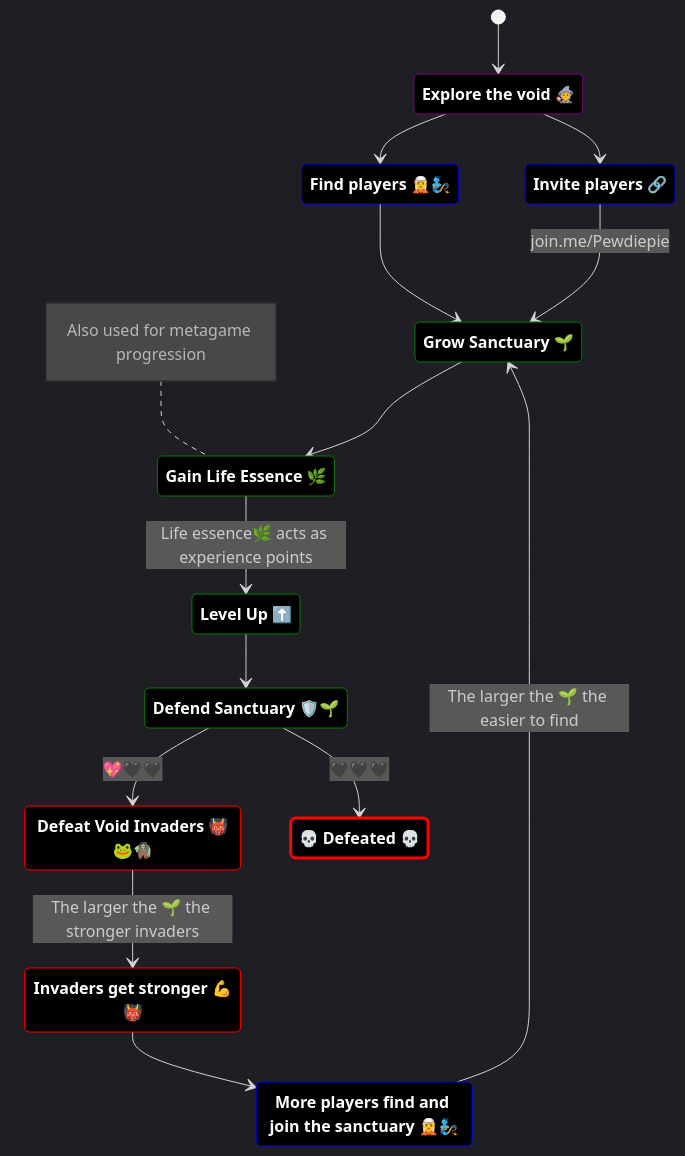
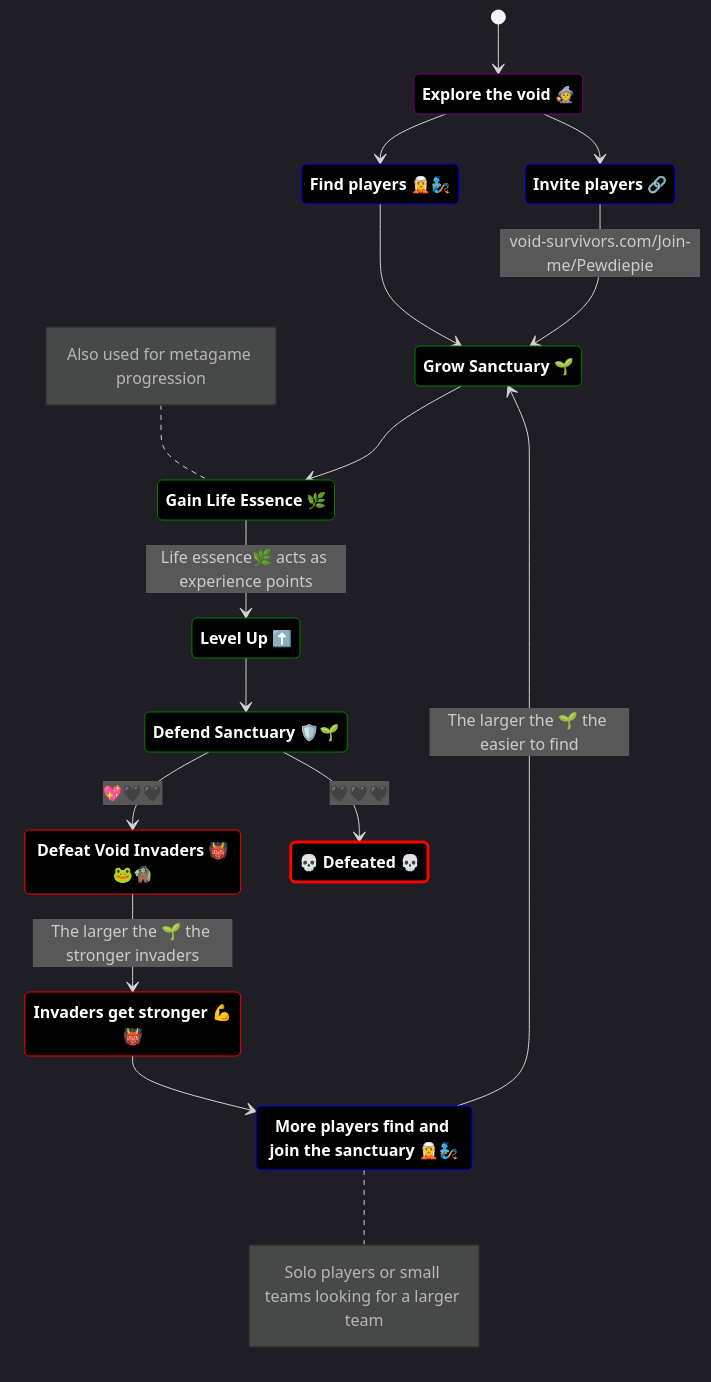
Before and after one commit to universe-builders/universe-builders.github.io: the first of 2 diagrams in void-survivors/design-direction.md, drawn with Mermaid. The commit also changed other lines of this file and 15 other files, not shown here.

````diff
--- a/void-survivors/design-direction.md
+++ b/void-survivors/design-direction.md
@@ -83,50 +95,54 @@
 ```mermaid
 
     %%{init: {'theme':'dark'}}%%
 
     stateDiagram-v2
     direction TB
     accTitle: Gameloop
 
     state "Explore the void 🧙" as EXPLORE
     state "Find players 🧝🧞" as FIND_P
     state "Invite players 🔗" as INVITE_P
     state "Grow Sanctuary 🌱" as GROW_S
     state "Gain Life Essence 🌿" as GAIN_LE
     state "Level Up ⬆️" as LVL_P
     state "Defend Sanctuary 🛡️🌱" as DEFND_S
     state "Defeat Void Invaders 👹🐸🧌" as DEFEAT_E
     state "💀 Defeated 💀" as DEFEATED
     state "More players find and join the sanctuary 🧝🧞" as FIND_S
     state "Invaders get stronger 💪👹" as LVL_I
 
     classDef def fill:black,color:white,font-weight:bold,stroke:purple
     classDef team fill:black,color:white,font-weight:bold,stroke:blue
     classDef sanct fill:black,color:white,font-weight:bold,stroke:green
     classDef invader fill:black,color:white,font-weight:bold,stroke:red
     classDef loss fill:black,color:white,font-weight:bold,stroke:red,stroke-width:3
     class EXPLORE def
     class FIND_P,INVITE_P,FIND_S team
     class GROW_S,GAIN_LE,DEFND_S,LVL_P sanct
     class DEFEAT_E,LVL_I invader
     class DEFEATED loss
 
     note left of GAIN_LE
         Also used for metagame progression
     end note
 
+    note right of FIND_S
+        Solo players or small teams looking for a larger team
+    end note
+
     [*] --> EXPLORE
     EXPLORE --> FIND_P
     EXPLORE --> INVITE_P
     FIND_P --> GROW_S
-    INVITE_P --> GROW_S: join.me/Pewdiepie
+    INVITE_P --> GROW_S: void-survivors.com/Join-me/Pewdiepie
     GROW_S --> GAIN_LE
     GAIN_LE --> LVL_P: Life essence🌿 acts as experience points
     LVL_P --> DEFND_S
     DEFND_S --> DEFEATED: 🖤🖤🖤
     DEFND_S --> DEFEAT_E: 💖🖤🖤
     DEFEAT_E --> LVL_I: The larger the 🌱 the stronger invaders 
     LVL_I --> FIND_S
     FIND_S --> GROW_S: The larger the 🌱 the easier to find
      
 ```
````
